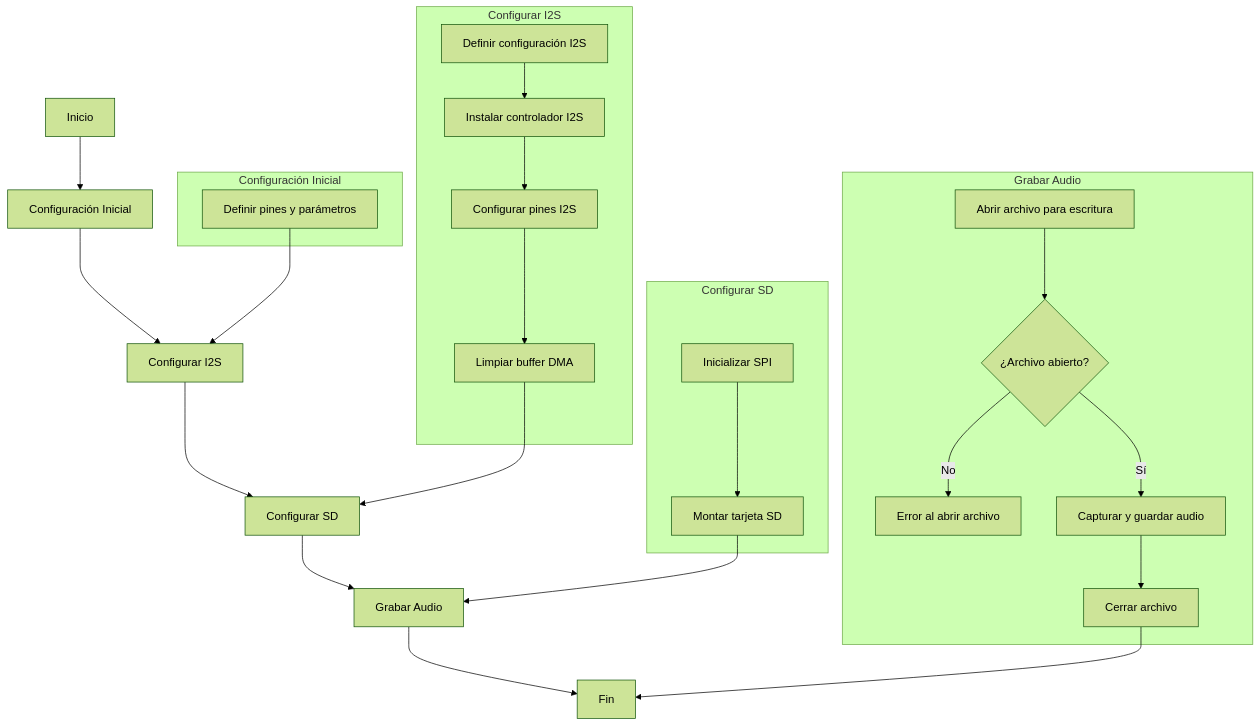
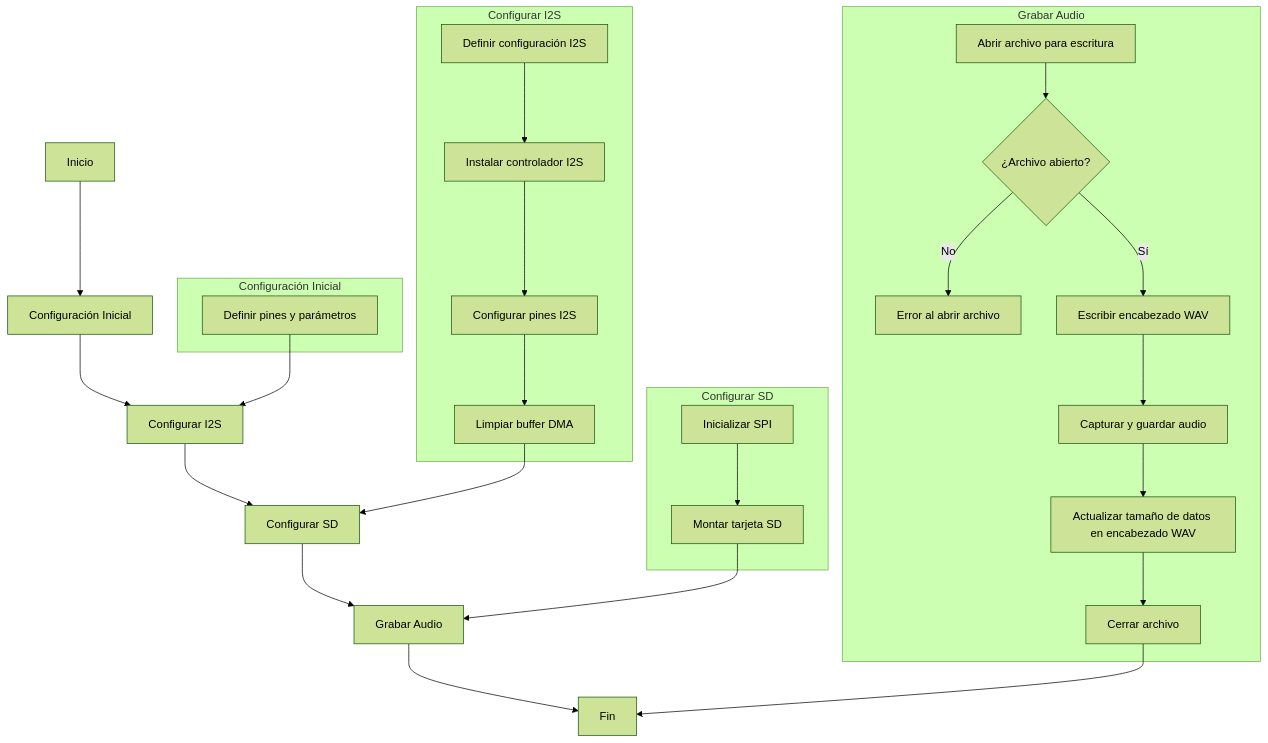
The diagram in README.md (NuriaRodriguezPardo/P7_Extra_Microfono_SD), drawn with Mermaid (forest theme) before and after one commit. The commit also changed other lines of this file and 2 other files, not shown here.

````diff
--- a/README.md
+++ b/README.md
@@ -130,45 +237,49 @@
 ```mermaid
     flowchart TD
         A[Inicio] --> B[Configuración Inicial]
         B --> C[Configurar I2S]
         C --> D[Configurar SD]
         D --> E[Grabar Audio]
         E --> F[Fin]
 
         subgraph Configuración Inicial
             B1[Definir pines y parámetros]
         end
 
         subgraph Configurar I2S
             C1[Definir configuración I2S]
             C2[Instalar controlador I2S]
             C3[Configurar pines I2S]
             C4[Limpiar buffer DMA]
             C1 --> C2
             C2 --> C3
             C3 --> C4
         end
 
         subgraph Configurar SD
             D1[Inicializar SPI]
             D2[Montar tarjeta SD]
             D1 --> D2
         end
 
         subgraph Grabar Audio
             E1[Abrir archivo para escritura]
             E2{¿Archivo abierto?}
             E3[Error al abrir archivo]
-            E4[Capturar y guardar audio]
-            E5[Cerrar archivo]
+            E4[Escribir encabezado WAV]
+            E5[Capturar y guardar audio]
+            E6[Actualizar tamaño de datos en encabezado WAV]
+            E7[Cerrar archivo]
             E1 --> E2
             E2 -- No --> E3
             E2 -- Sí --> E4
             E4 --> E5
+            E5 --> E6
+            E6 --> E7
         end
 
         B1 --> C
         C4 --> D
         D2 --> E
-        E5 --> F
+        E7 --> F
 ```
````
